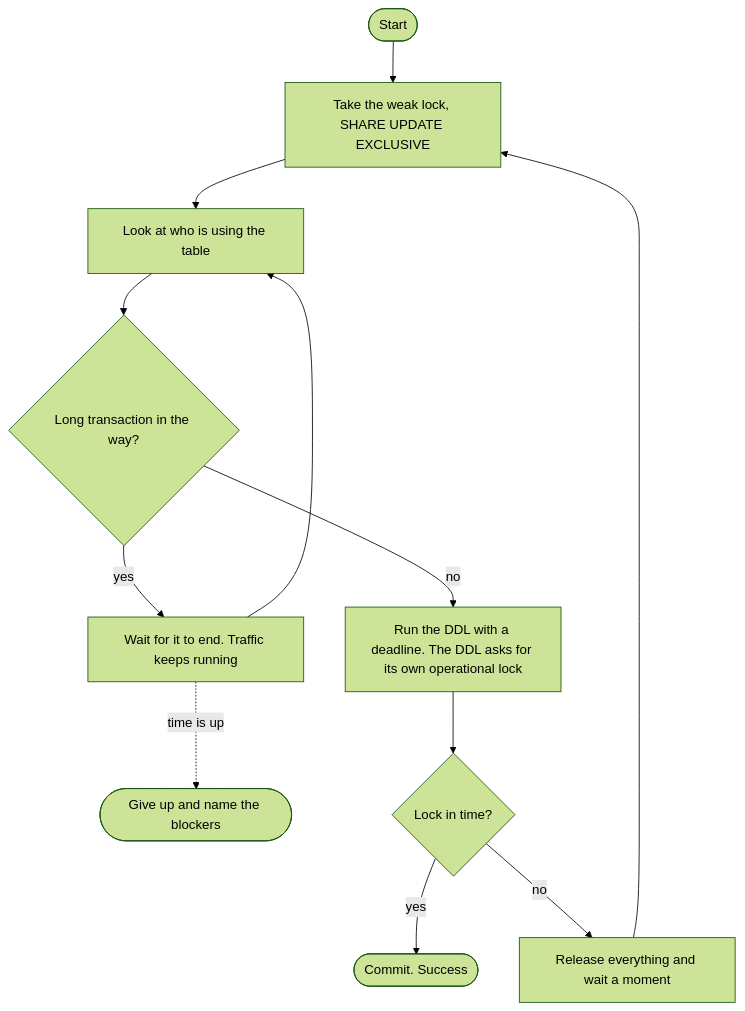
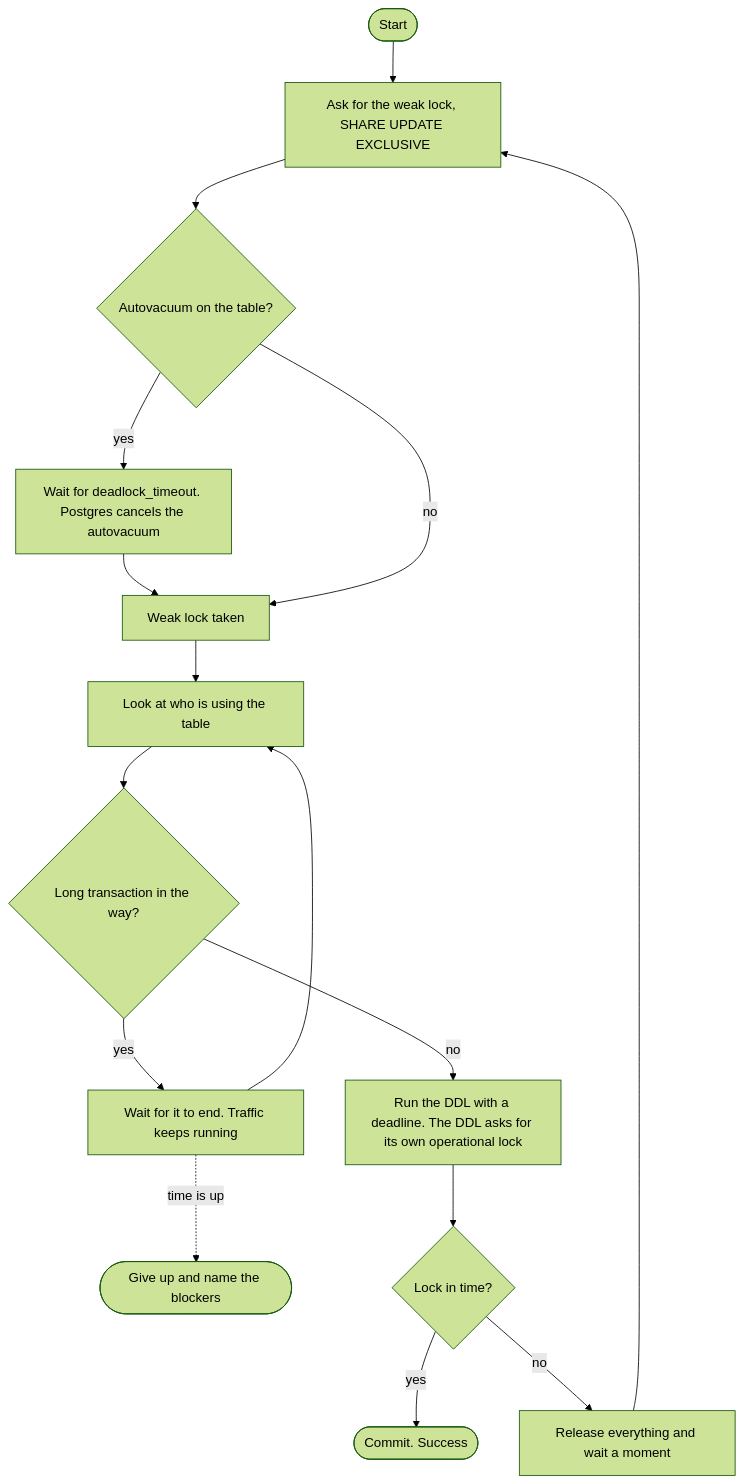
The diagram in README.md (leobagua/lockwise), drawn with Mermaid (forest theme) before and after one commit.

Commit message:
Show the autovacuum case in the README flowchart

````diff
--- a/README.md
+++ b/README.md
@@ -53,14 +53,18 @@
 ```mermaid
 flowchart TD
-    start([Start]) --> weak[Take the weak lock, SHARE UPDATE EXCLUSIVE]
+    start([Start]) --> ask[Ask for the weak lock, SHARE UPDATE EXCLUSIVE]
+    ask --> vacuum{Autovacuum on the table?}
+    vacuum -- yes --> cancel[Wait for deadlock_timeout. Postgres cancels the autovacuum]
+    cancel --> weak[Weak lock taken]
+    vacuum -- no --> weak
     weak --> look[Look at who is using the table]
     look --> long{Long transaction in the way?}
     long -- yes --> wait[Wait for it to end. Traffic keeps running]
     wait --> look
     wait -. time is up .-> gaveup([Give up and name the blockers])
     long -- no --> ddl[Run the DDL with a deadline. The DDL asks for its own operational lock]
     ddl --> got{Lock in time?}
     got -- yes --> done([Commit. Success])
     got -- no --> release[Release everything and wait a moment]
-    release --> weak
+    release --> ask
 ```
````
